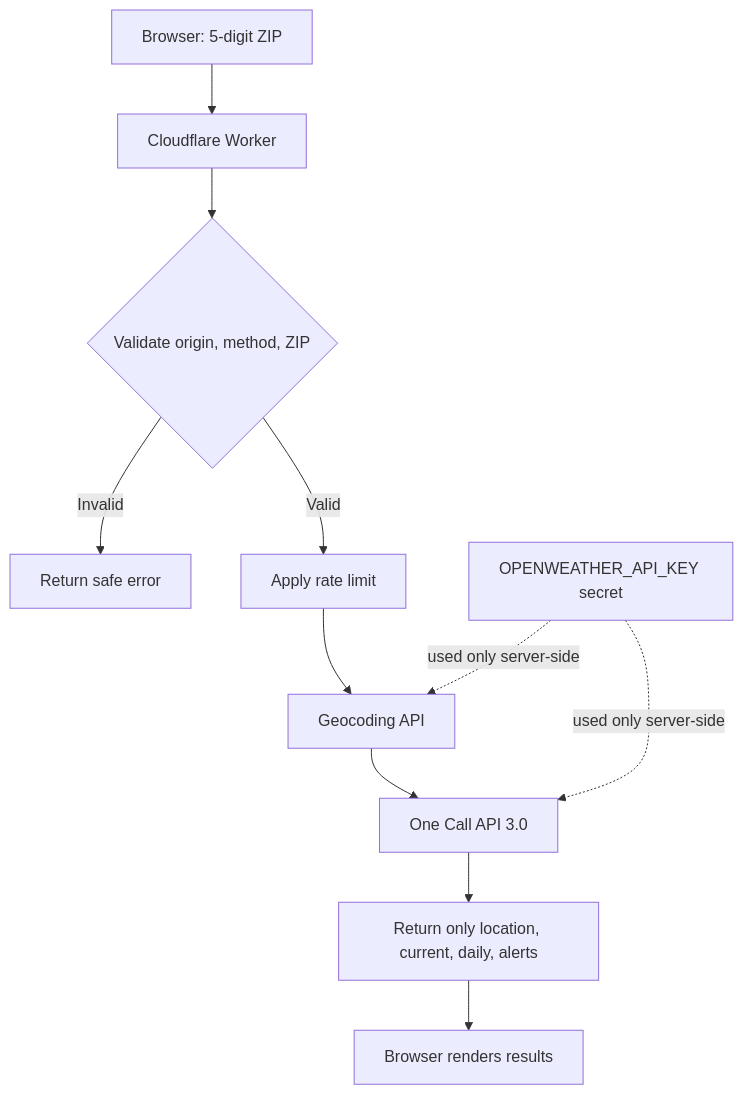
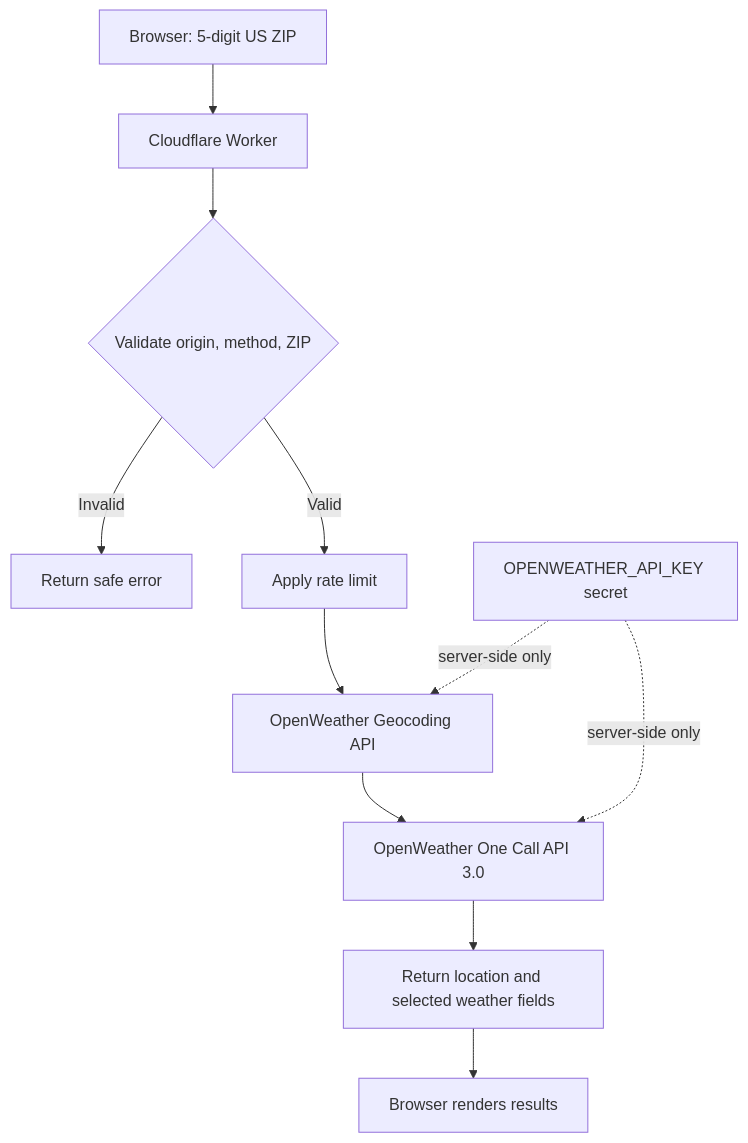
Before and after one commit to MikeKelley89/openWeatherApi: the diagram in worker/README.md, drawn with Mermaid. The commit also changed other lines of this file, not shown here.

Commit message:
Simplify Worker README for general reuse

````diff
--- a/worker/README.md
+++ b/worker/README.md
@@ -7,13 +7,13 @@
 ```mermaid
 flowchart TD
-    A[Browser: 5-digit ZIP] --> B[Cloudflare Worker]
+    A[Browser: 5-digit US ZIP] --> B[Cloudflare Worker]
     B --> C{Validate origin, method, ZIP}
     C -->|Invalid| D[Return safe error]
     C -->|Valid| E[Apply rate limit]
-    E --> F[Geocoding API]
-    F --> G[One Call API 3.0]
-    G --> H[Return only location, current, daily, alerts]
+    E --> F[OpenWeather Geocoding API]
+    F --> G[OpenWeather One Call API 3.0]
+    G --> H[Return location and selected weather fields]
     H --> I[Browser renders results]
-    J[OPENWEATHER_API_KEY secret] -. used only server-side .-> F
-    J -. used only server-side .-> G
+    J[OPENWEATHER_API_KEY secret] -. server-side only .-> F
+    J -. server-side only .-> G
 ```
````
